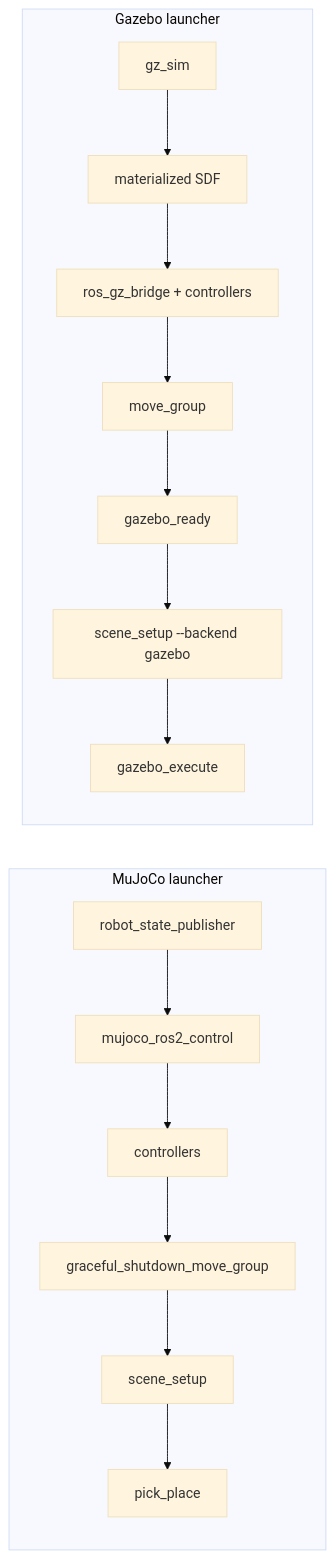
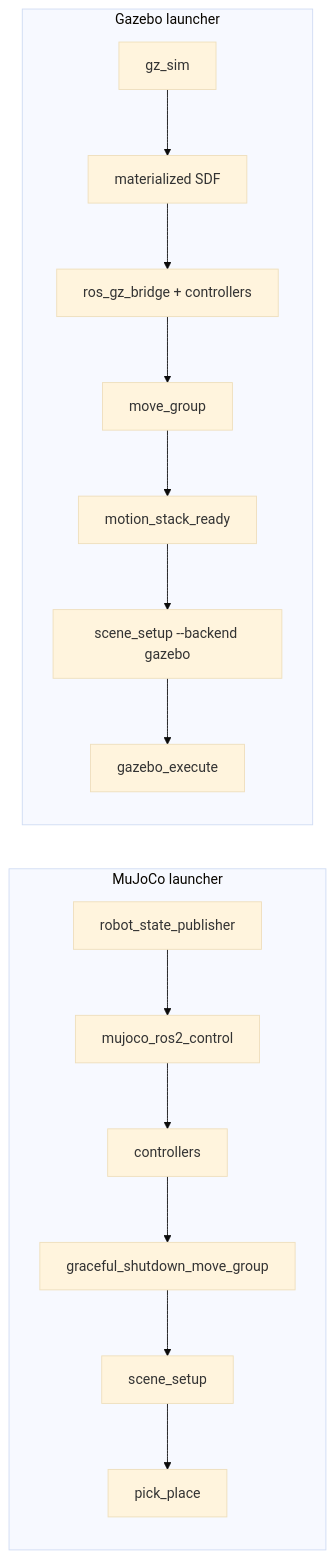
The second of 3 diagrams in docs/pick-place-python-architecture.md (terryma2024/ros-moveit-demo), drawn with Mermaid (base theme) before and after one commit. The commit also changed 12 other files, not shown here.

Commit message:
feat(text-agent): rename motion stack readiness command

````diff
--- a/docs/pick-place-python-architecture.md
+++ b/docs/pick-place-python-architecture.md
@@ -247,18 +247,18 @@
 ```mermaid
 flowchart LR
   subgraph M["MuJoCo launcher"]
     M1["robot_state_publisher"] --> M2["mujoco_ros2_control"]
     M2 --> M3["controllers"]
     M3 --> M4["graceful_shutdown_move_group"]
     M4 --> M5["scene_setup"]
     M5 --> M6["pick_place"]
   end
   subgraph G["Gazebo launcher"]
     G1["gz_sim"] --> G2["materialized SDF"]
     G2 --> G3["ros_gz_bridge + controllers"]
     G3 --> G4["move_group"]
-    G4 --> G5["gazebo_ready"]
+    G4 --> G5["motion_stack_ready"]
     G5 --> G6["scene_setup --backend gazebo"]
     G6 --> G7["gazebo_execute"]
   end
 ```
````
